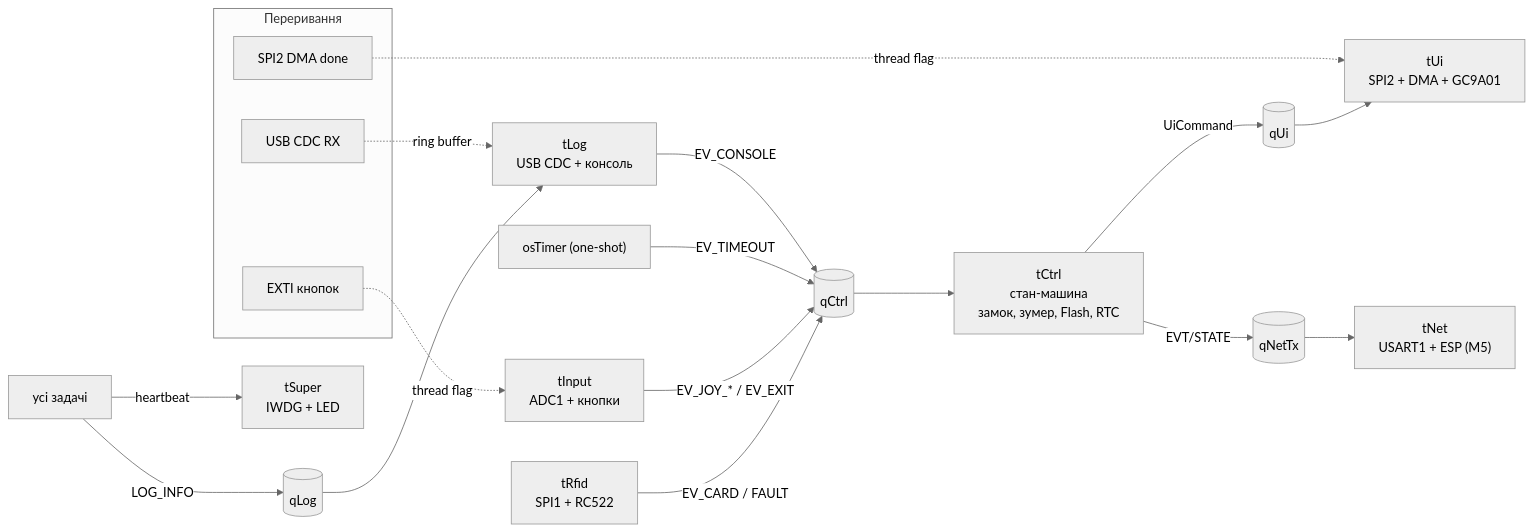
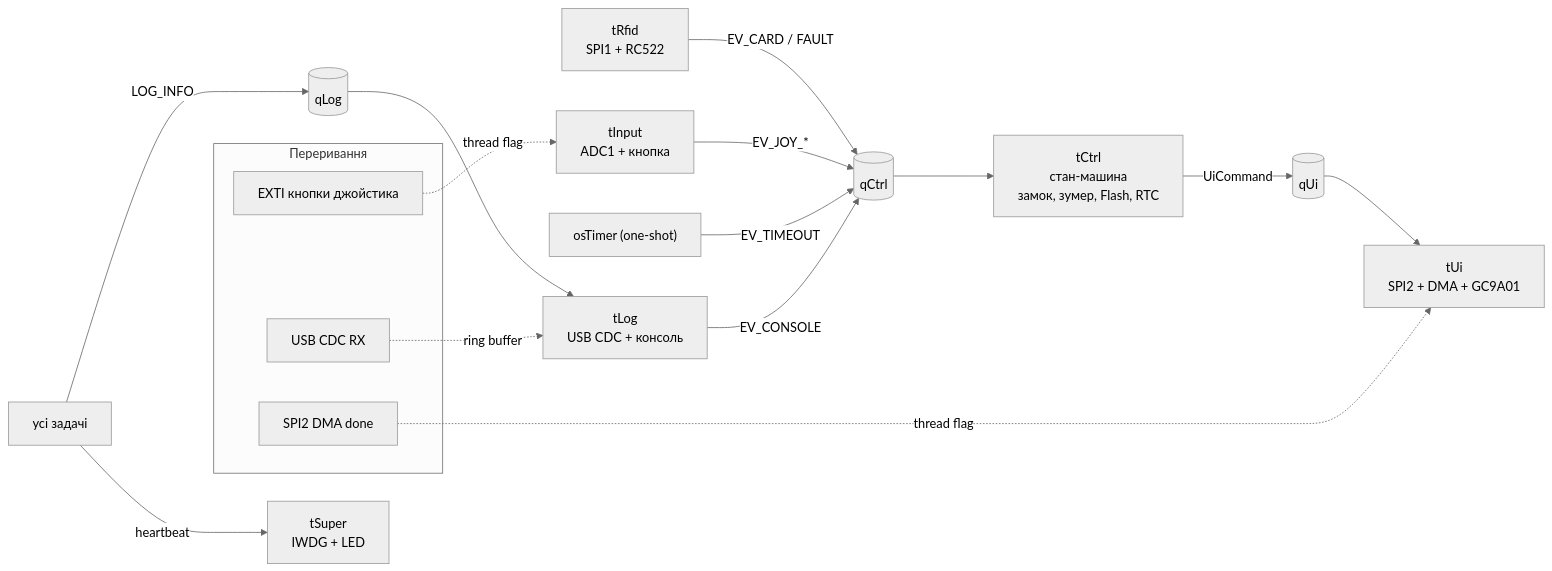
The diagram in README.md (VelikiyNazarchik/SmartDoorLock), drawn with Mermaid (neutral theme) before and after one commit. The commit also changed other lines of this file and 35 other files, not shown here.

````diff
--- a/README.md
+++ b/README.md
@@ -23,21 +82,20 @@
 ```mermaid
 flowchart LR
     subgraph ISR["Переривання"]
-        EXTI["EXTI кнопок"]
+        EXTI["EXTI кнопки джойстика"]
         DMA["SPI2 DMA done"]
         USBRX["USB CDC RX"]
     end
 
     tRfid["tRfid<br/>SPI1 + RC522"] -- EV_CARD / FAULT --> qCtrl
-    tInput["tInput<br/>ADC1 + кнопки"] -- EV_JOY_* / EV_EXIT --> qCtrl
+    tInput["tInput<br/>ADC1 + кнопка"] -- EV_JOY_* --> qCtrl
     tmr["osTimer (one-shot)"] -- EV_TIMEOUT --> qCtrl
     tLog -- EV_CONSOLE --> qCtrl
     qCtrl[(qCtrl)] --> tCtrl["tCtrl<br/>стан-машина<br/>замок, зумер, Flash, RTC"]
     tCtrl -- UiCommand --> qUi[(qUi)] --> tUi["tUi<br/>SPI2 + DMA + GC9A01"]
-    tCtrl -- EVT/STATE --> qNet[(qNetTx)] --> tNet["tNet<br/>USART1 + ESP (M5)"]
     all["усі задачі"] -- LOG_INFO --> qLog[(qLog)] --> tLog["tLog<br/>USB CDC + консоль"]
     all -- heartbeat --> tSuper["tSuper<br/>IWDG + LED"]
     EXTI -. thread flag .-> tInput
     DMA -. thread flag .-> tUi
     USBRX -. ring buffer .-> tLog
 ```
````
